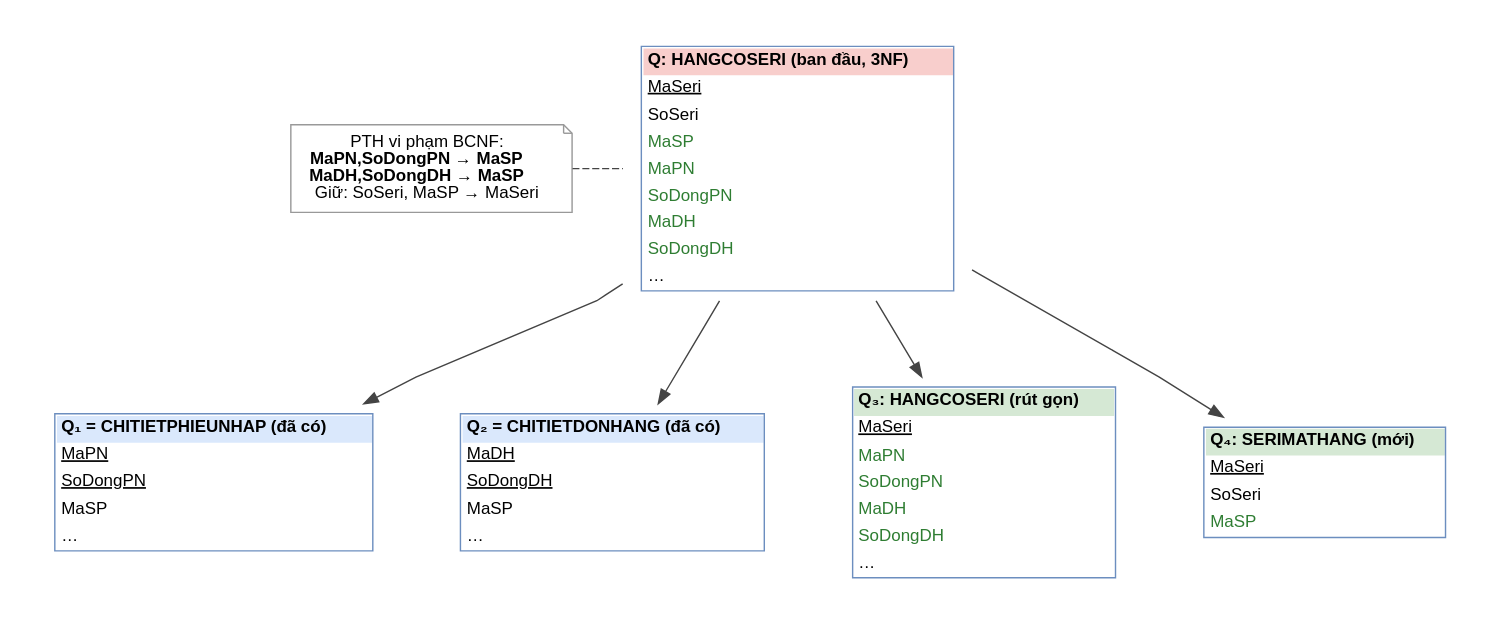
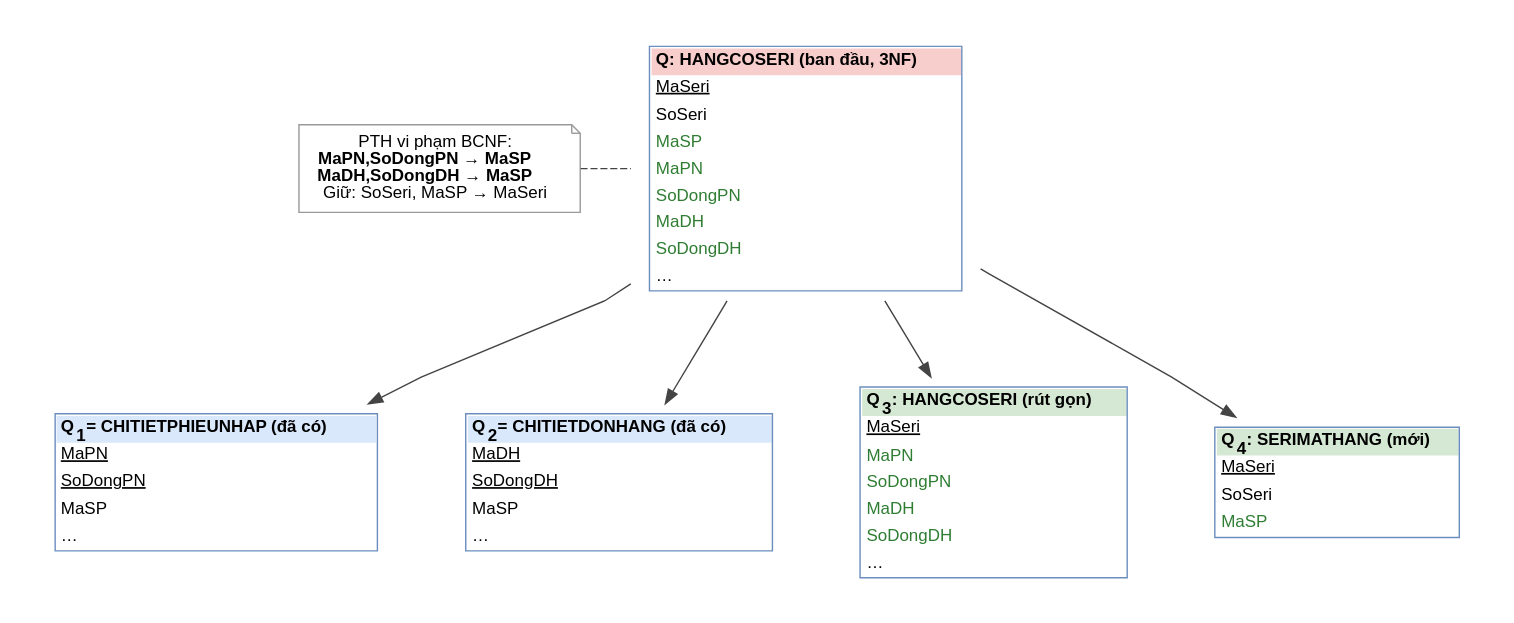
Before and after one commit to twotnguyen/CSDL-NC-PowerTech: the diagram in bao-cao-moi/hinh/phan_ra_hangcoseri.dot, drawn with Graphviz. The commit also changed 54 other files, not shown here.

```diff
--- a/bao-cao-moi/hinh/phan_ra_hangcoseri.dot
+++ b/bao-cao-moi/hinh/phan_ra_hangcoseri.dot
@@ -1,13 +1,13 @@
 digraph G {
   rankdir=TB; splines=polyline; nodesep=0.5; ranksep=0.75; pad=0.25;
   node [fontname="Helvetica", fontsize=12, margin="0.18,0.1"]; edge [fontname="Helvetica", fontsize=10.5, color="#444444"];
   q [shape=plaintext, label=<<TABLE BORDER="1" COLOR="#6C8EBF" CELLBORDER="0" CELLSPACING="0" CELLPADDING="3"><TR><TD BGCOLOR="#F8CECC"><B>Q: HANGCOSERI (ban đầu, 3NF)</B></TD></TR><TR><TD ALIGN="LEFT"><U>MaSeri</U></TD></TR><TR><TD ALIGN="LEFT">SoSeri</TD></TR><TR><TD ALIGN="LEFT"><FONT COLOR="#2E7D32">MaSP</FONT></TD></TR><TR><TD ALIGN="LEFT"><FONT COLOR="#2E7D32">MaPN</FONT></TD></TR><TR><TD ALIGN="LEFT"><FONT COLOR="#2E7D32">SoDongPN</FONT></TD></TR><TR><TD ALIGN="LEFT"><FONT COLOR="#2E7D32">MaDH</FONT></TD></TR><TR><TD ALIGN="LEFT"><FONT COLOR="#2E7D32">SoDongDH</FONT></TD></TR><TR><TD ALIGN="LEFT">…</TD></TR></TABLE>>];
   pth [shape=note, style=filled, fillcolor="#FFFFFF", color="#999999", label=<PTH vi phạm BCNF:<BR/><B>MaPN,SoDongPN → MaSP</B><BR/><B>MaDH,SoDongDH → MaSP</B><BR/>Giữ: SoSeri, MaSP → MaSeri>];
-  q1 [shape=plaintext, label=<<TABLE BORDER="1" COLOR="#6C8EBF" CELLBORDER="0" CELLSPACING="0" CELLPADDING="3"><TR><TD BGCOLOR="#DAE8FC"><B>Q₁ = CHITIETPHIEUNHAP (đã có)</B></TD></TR><TR><TD ALIGN="LEFT"><U>MaPN</U></TD></TR><TR><TD ALIGN="LEFT"><U>SoDongPN</U></TD></TR><TR><TD ALIGN="LEFT">MaSP</TD></TR><TR><TD ALIGN="LEFT">…</TD></TR></TABLE>>];
-  q2 [shape=plaintext, label=<<TABLE BORDER="1" COLOR="#6C8EBF" CELLBORDER="0" CELLSPACING="0" CELLPADDING="3"><TR><TD BGCOLOR="#DAE8FC"><B>Q₂ = CHITIETDONHANG (đã có)</B></TD></TR><TR><TD ALIGN="LEFT"><U>MaDH</U></TD></TR><TR><TD ALIGN="LEFT"><U>SoDongDH</U></TD></TR><TR><TD ALIGN="LEFT">MaSP</TD></TR><TR><TD ALIGN="LEFT">…</TD></TR></TABLE>>];
-  q3 [shape=plaintext, label=<<TABLE BORDER="1" COLOR="#6C8EBF" CELLBORDER="0" CELLSPACING="0" CELLPADDING="3"><TR><TD BGCOLOR="#D5E8D4"><B>Q₃: HANGCOSERI (rút gọn)</B></TD></TR><TR><TD ALIGN="LEFT"><U>MaSeri</U></TD></TR><TR><TD ALIGN="LEFT"><FONT COLOR="#2E7D32">MaPN</FONT></TD></TR><TR><TD ALIGN="LEFT"><FONT COLOR="#2E7D32">SoDongPN</FONT></TD></TR><TR><TD ALIGN="LEFT"><FONT COLOR="#2E7D32">MaDH</FONT></TD></TR><TR><TD ALIGN="LEFT"><FONT COLOR="#2E7D32">SoDongDH</FONT></TD></TR><TR><TD ALIGN="LEFT">…</TD></TR></TABLE>>];
-  q4 [shape=plaintext, label=<<TABLE BORDER="1" COLOR="#6C8EBF" CELLBORDER="0" CELLSPACING="0" CELLPADDING="3"><TR><TD BGCOLOR="#D5E8D4"><B>Q₄: SERIMATHANG (mới)</B></TD></TR><TR><TD ALIGN="LEFT"><U>MaSeri</U></TD></TR><TR><TD ALIGN="LEFT">SoSeri</TD></TR><TR><TD ALIGN="LEFT"><FONT COLOR="#2E7D32">MaSP</FONT></TD></TR></TABLE>>];
+  q1 [shape=plaintext, label=<<TABLE BORDER="1" COLOR="#6C8EBF" CELLBORDER="0" CELLSPACING="0" CELLPADDING="3"><TR><TD BGCOLOR="#DAE8FC"><B>Q<SUB>1</SUB> = CHITIETPHIEUNHAP (đã có)</B></TD></TR><TR><TD ALIGN="LEFT"><U>MaPN</U></TD></TR><TR><TD ALIGN="LEFT"><U>SoDongPN</U></TD></TR><TR><TD ALIGN="LEFT">MaSP</TD></TR><TR><TD ALIGN="LEFT">…</TD></TR></TABLE>>];
+  q2 [shape=plaintext, label=<<TABLE BORDER="1" COLOR="#6C8EBF" CELLBORDER="0" CELLSPACING="0" CELLPADDING="3"><TR><TD BGCOLOR="#DAE8FC"><B>Q<SUB>2</SUB> = CHITIETDONHANG (đã có)</B></TD></TR><TR><TD ALIGN="LEFT"><U>MaDH</U></TD></TR><TR><TD ALIGN="LEFT"><U>SoDongDH</U></TD></TR><TR><TD ALIGN="LEFT">MaSP</TD></TR><TR><TD ALIGN="LEFT">…</TD></TR></TABLE>>];
+  q3 [shape=plaintext, label=<<TABLE BORDER="1" COLOR="#6C8EBF" CELLBORDER="0" CELLSPACING="0" CELLPADDING="3"><TR><TD BGCOLOR="#D5E8D4"><B>Q<SUB>3</SUB>: HANGCOSERI (rút gọn)</B></TD></TR><TR><TD ALIGN="LEFT"><U>MaSeri</U></TD></TR><TR><TD ALIGN="LEFT"><FONT COLOR="#2E7D32">MaPN</FONT></TD></TR><TR><TD ALIGN="LEFT"><FONT COLOR="#2E7D32">SoDongPN</FONT></TD></TR><TR><TD ALIGN="LEFT"><FONT COLOR="#2E7D32">MaDH</FONT></TD></TR><TR><TD ALIGN="LEFT"><FONT COLOR="#2E7D32">SoDongDH</FONT></TD></TR><TR><TD ALIGN="LEFT">…</TD></TR></TABLE>>];
+  q4 [shape=plaintext, label=<<TABLE BORDER="1" COLOR="#6C8EBF" CELLBORDER="0" CELLSPACING="0" CELLPADDING="3"><TR><TD BGCOLOR="#D5E8D4"><B>Q<SUB>4</SUB>: SERIMATHANG (mới)</B></TD></TR><TR><TD ALIGN="LEFT"><U>MaSeri</U></TD></TR><TR><TD ALIGN="LEFT">SoSeri</TD></TR><TR><TD ALIGN="LEFT"><FONT COLOR="#2E7D32">MaSP</FONT></TD></TR></TABLE>>];
   q -> q1; q -> q2; q -> q3; q -> q4; pth -> q [style=dashed, arrowhead=none];
   { rank=same; q; pth }
   { rank=same; q1; q2; q3; q4 }
 }
```
